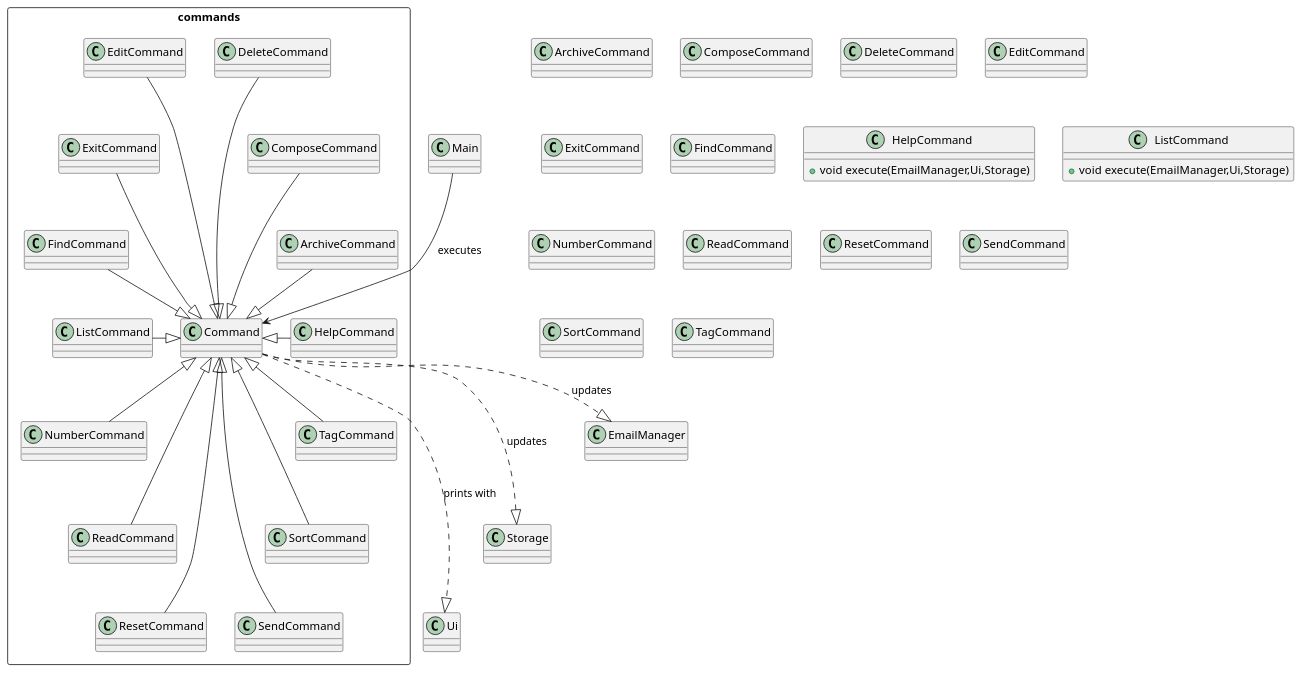
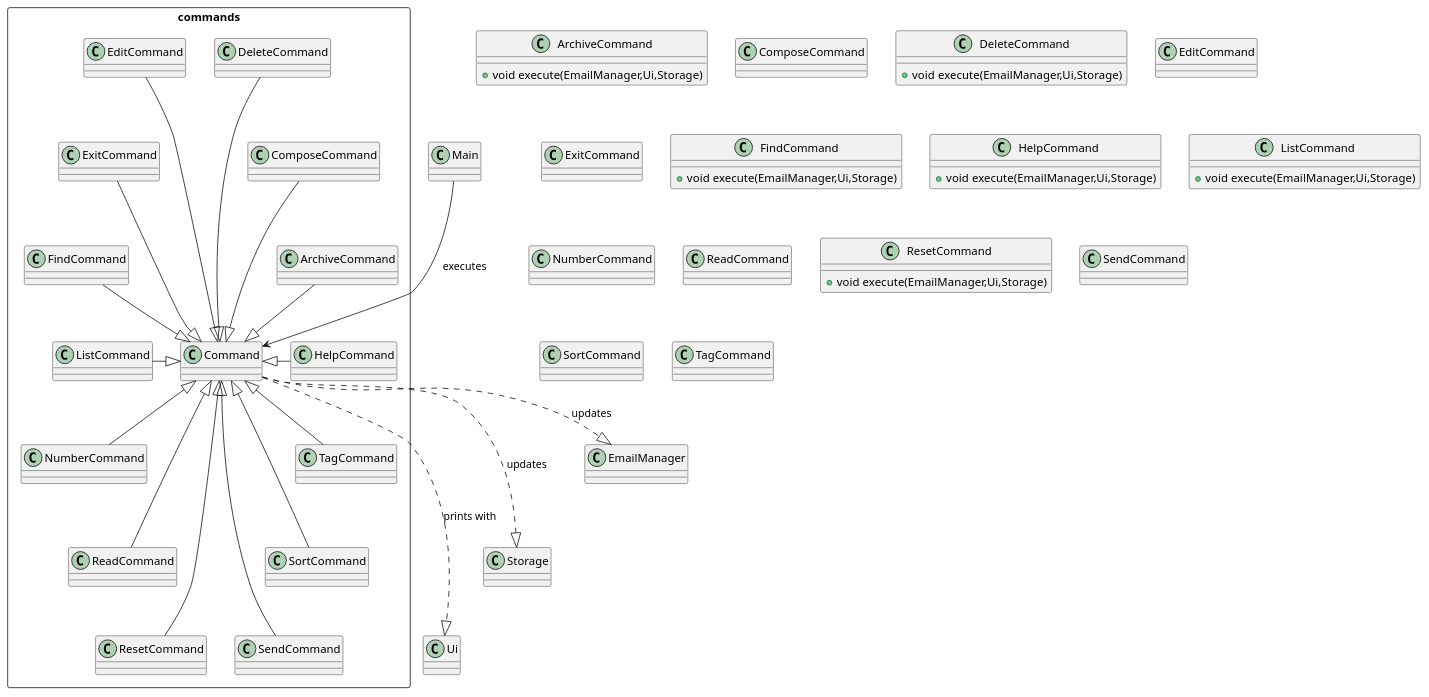
Before and after one commit to yanli1215/tp: the diagram in docs/UML diagrams/CommandClassDiagram.puml, drawn with PlantUML. The commit also changed 6 other files, not shown here.

```diff
--- a/docs/UML diagrams/CommandClassDiagram.puml
+++ b/docs/UML diagrams/CommandClassDiagram.puml
@@ -1,98 +1,98 @@
 @startuml
 'https://plantuml.com/class-diagram
 
 package commands <<rectangle>>{
 class Command
 class ArchiveCommand
 class ComposeCommand
 class DeleteCommand
 class EditCommand
 class ExitCommand
 class FindCommand
 class HelpCommand
 class ListCommand
 class NumberCommand
 class ReadCommand
 class ResetCommand
 class SendCommand
 class SortCommand
 class TagCommand
 }
 
 Main ---> Command: executes
 ArchiveCommand -down-|> Command
 ComposeCommand -down--|> Command
 DeleteCommand -down---|> Command
 EditCommand -down---|> Command
 ExitCommand -down--|> Command
 FindCommand -down-|> Command
 HelpCommand -left-|> Command
 ListCommand -right-|> Command
 NumberCommand -up-|> Command
 ReadCommand -up--|> Command
 ResetCommand -up---|> Command
 SendCommand -up---|> Command
 SortCommand -up--|> Command
 TagCommand -up-|> Command
 
 Command ....|> Ui: prints with
 Command ...|> Storage: updates
 Command ..|> EmailManager: updates
 
 class ArchiveCommand{
-
++ void execute(EmailManager,Ui,Storage)
 }
 
 class ComposeCommand{
 
 }
 
 class DeleteCommand{
-
++ void execute(EmailManager,Ui,Storage)
 }
 
 class EditCommand{
 
 }
 
 class ExitCommand{
 
 }
 
 class FindCommand{
-
++ void execute(EmailManager,Ui,Storage)
 }
 
 class HelpCommand{
 + void execute(EmailManager,Ui,Storage)
 }
 
 class ListCommand{
 + void execute(EmailManager,Ui,Storage)
 }
 
 class NumberCommand{
 
 }
 
 class ReadCommand{
 
 }
 
 class ResetCommand{
-
++ void execute(EmailManager,Ui,Storage)
 }
 
 class SendCommand{
 
 }
 
 class SortCommand{
 
 }
 
 class TagCommand{
 
 }
 
 @enduml
```
